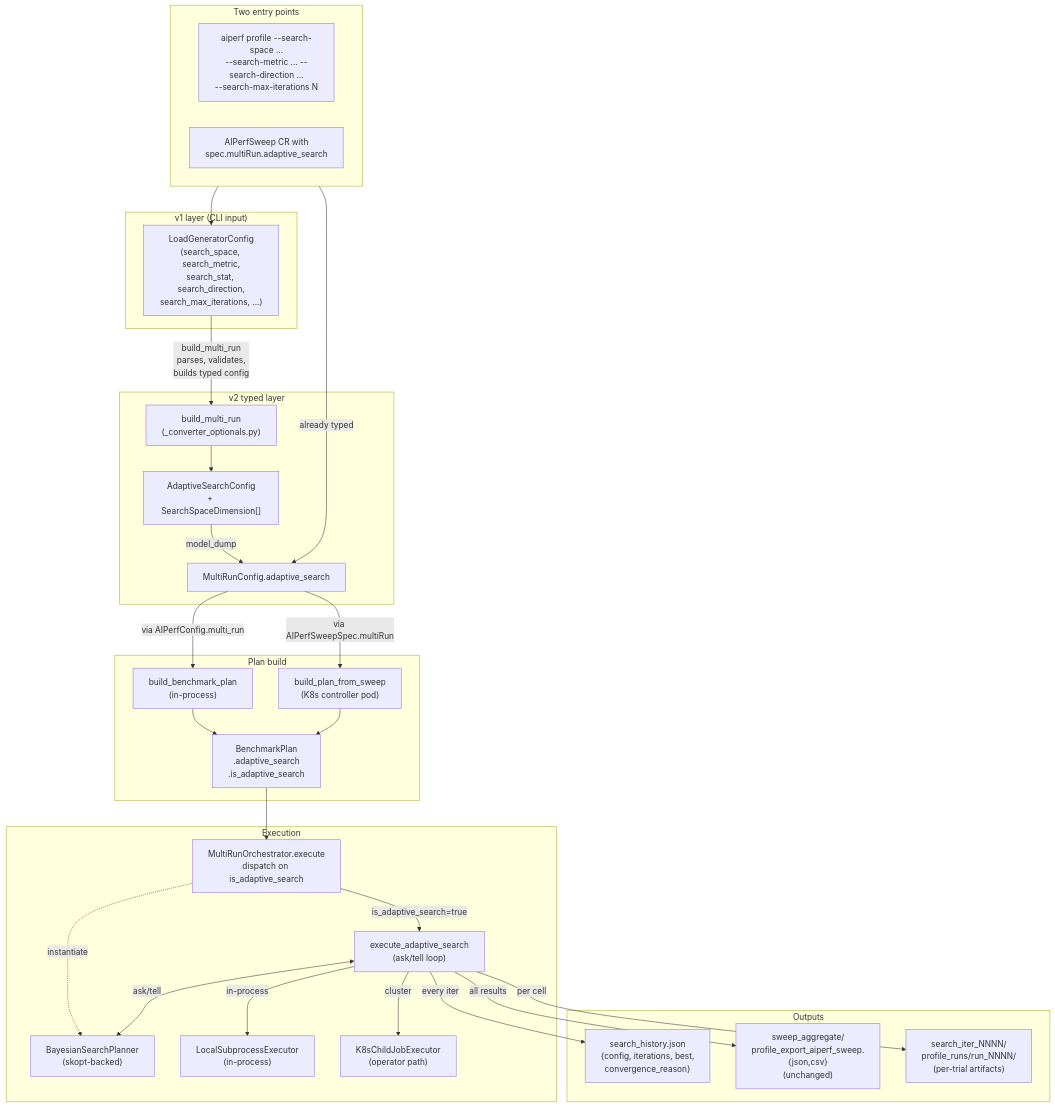
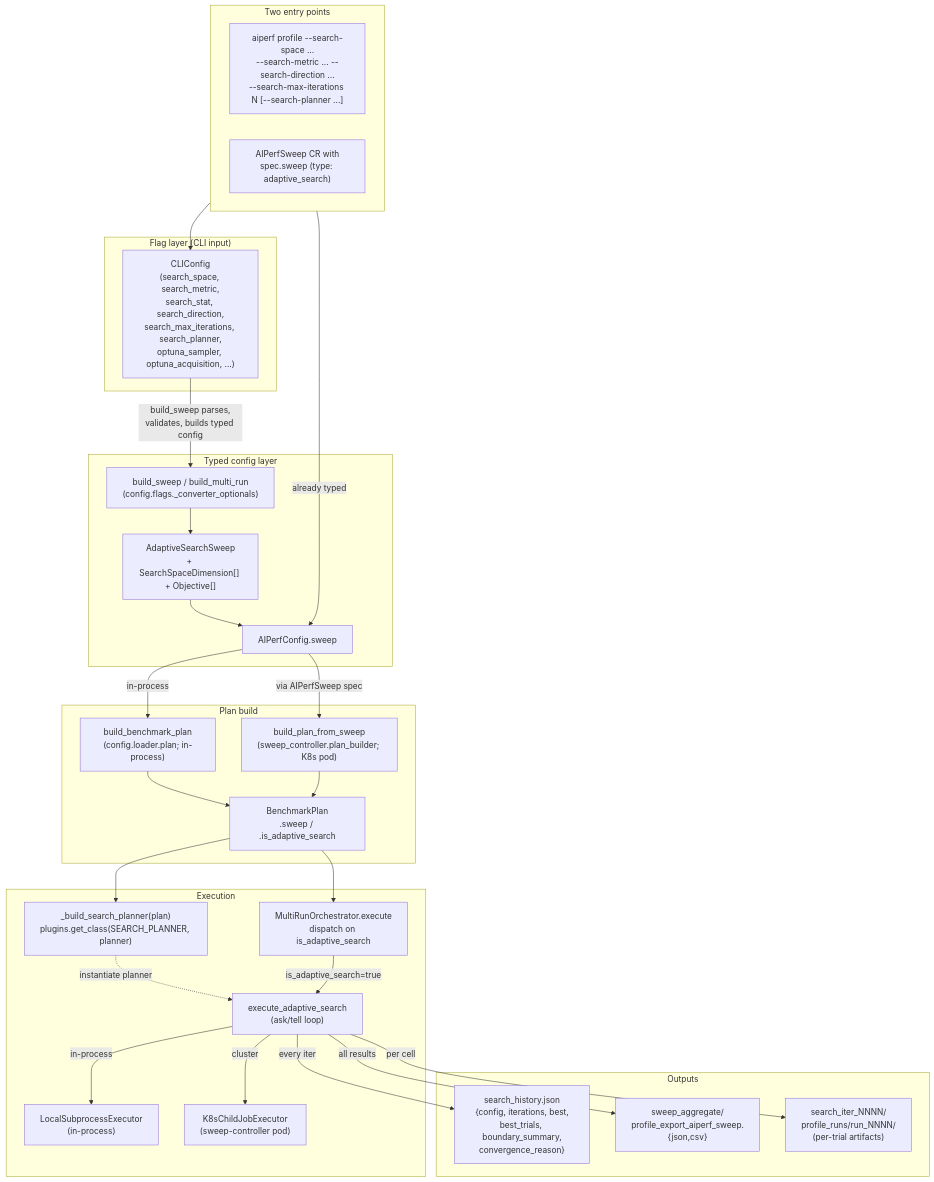
The third of 3 diagrams in docs/reference/adaptive-search-architecture.md (ai-dynamo/aiperf), drawn with Mermaid before and after one commit. The commit also changed other lines of this file, not shown here.

First line of the commit message:
docs(reference): rewrite adaptive-search-architecture onto Optuna/BoTorch

````diff
--- a/docs/reference/adaptive-search-architecture.md
+++ b/docs/reference/adaptive-search-architecture.md
@@ -221,60 +240,60 @@
 ```mermaid
 flowchart TB
     subgraph CLI["Two entry points"]
         direction LR
-        CLI_FLAGS["aiperf profile --search-space ...<br/>--search-metric ... --search-direction ...<br/>--search-max-iterations N"]
-        CRD["AIPerfSweep CR with<br/>spec.multiRun.adaptive_search"]
+        CLI_FLAGS["aiperf profile --search-space ...<br/>--search-metric ... --search-direction ...<br/>--search-max-iterations N [--search-planner ...]"]
+        CRD["AIPerfSweep CR with<br/>spec.sweep (type: adaptive_search)"]
     end
 
-    subgraph V1["v1 layer (CLI input)"]
-        LG["LoadGeneratorConfig<br/>(search_space, search_metric,<br/>search_stat, search_direction,<br/>search_max_iterations, ...)"]
+    subgraph FLAGS["Flag layer (CLI input)"]
+        CC["CLIConfig<br/>(search_space, search_metric,<br/>search_stat, search_direction,<br/>search_max_iterations, search_planner,<br/>optuna_sampler, optuna_acquisition, ...)"]
     end
 
-    subgraph V2["v2 typed layer"]
-        BMR["build_multi_run<br/>(_converter_optionals.py)"]
-        AS["AdaptiveSearchConfig<br/>+ SearchSpaceDimension[]"]
-        MR["MultiRunConfig.adaptive_search"]
+    subgraph TYPED["Typed config layer"]
+        BS["build_sweep / build_multi_run<br/>(config.flags._converter_optionals)"]
+        AS["AdaptiveSearchSweep<br/>+ SearchSpaceDimension[] + Objective[]"]
+        AC["AIPerfConfig.sweep"]
     end
 
     subgraph PLAN["Plan build"]
-        BBP["build_benchmark_plan<br/>(in-process)"]
-        BPS["build_plan_from_sweep<br/>(K8s controller pod)"]
-        BP["BenchmarkPlan<br/>.adaptive_search<br/>.is_adaptive_search"]
+        BBP["build_benchmark_plan<br/>(config.loader.plan; in-process)"]
+        BPS["build_plan_from_sweep<br/>(sweep_controller.plan_builder; K8s pod)"]
+        BP["BenchmarkPlan<br/>.sweep / .is_adaptive_search"]
     end
 
     subgraph EXEC["Execution"]
+        BSP["_build_search_planner(plan)<br/>plugins.get_class(SEARCH_PLANNER, planner)"]
         DISPATCH["MultiRunOrchestrator.execute<br/>dispatch on is_adaptive_search"]
-        BSP["BayesianSearchPlanner<br/>(skopt-backed)"]
         EAS["execute_adaptive_search<br/>(ask/tell loop)"]
         LSE["LocalSubprocessExecutor<br/>(in-process)"]
-        KCE["K8sChildJobExecutor<br/>(operator path)"]
+        KCE["K8sChildJobExecutor<br/>(sweep-controller pod)"]
     end
 
     subgraph OUT["Outputs"]
-        HIST["search_history.json<br/>{config, iterations, best,<br/>convergence_reason}"]
-        AGG["sweep_aggregate/<br/>profile_export_aiperf_sweep.{json,csv}<br/>(unchanged)"]
+        HIST["search_history.json<br/>{config, iterations, best,<br/>best_trials, boundary_summary,<br/>convergence_reason}"]
+        AGG["sweep_aggregate/<br/>profile_export_aiperf_sweep.{json,csv}"]
         ITER["search_iter_NNNN/<br/>profile_runs/run_NNNN/<br/>(per-trial artifacts)"]
     end
 
-    CLI_FLAGS --> LG
-    LG -->|build_multi_run<br/>parses, validates,<br/>builds typed config| BMR
-    BMR --> AS
-    AS -->|model_dump| MR
-    CRD -->|already typed| MR
+    CLI_FLAGS --> CC
+    CC -->|build_sweep parses,<br/>validates, builds typed config| BS
+    BS --> AS
+    AS --> AC
+    CRD -->|already typed| AC
 
-    MR -->|via AIPerfConfig.multi_run| BBP
-    MR -->|via AIPerfSweepSpec.multiRun| BPS
+    AC -->|in-process| BBP
+    AC -->|via AIPerfSweep spec| BPS
     BBP --> BP
     BPS --> BP
 
+    BP --> BSP
+    BSP -.instantiate planner.-> EAS
     BP --> DISPATCH
     DISPATCH -->|is_adaptive_search=true| EAS
-    DISPATCH -.instantiate.-> BSP
-    EAS <-->|ask/tell| BSP
     EAS -->|in-process| LSE
     EAS -->|cluster| KCE
 
     EAS -->|every iter| HIST
     EAS -->|all results| AGG
     EAS -->|per cell| ITER
 ```
````
